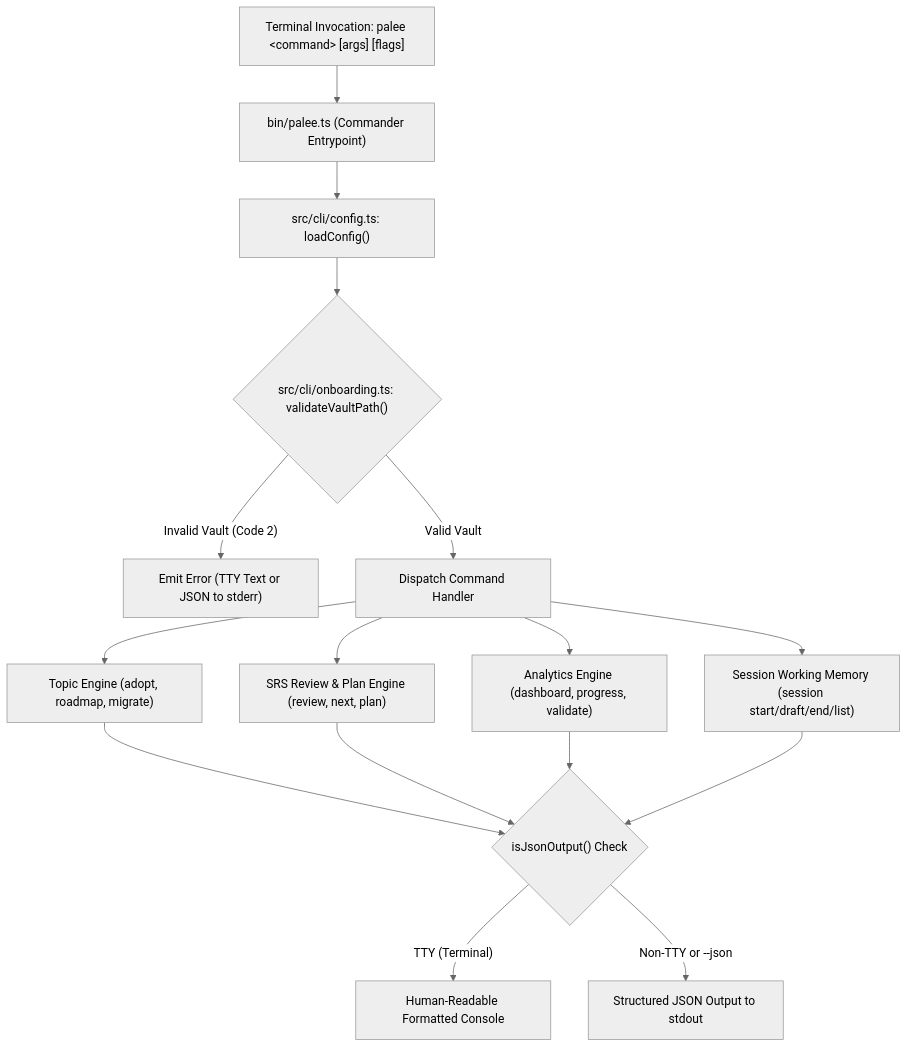
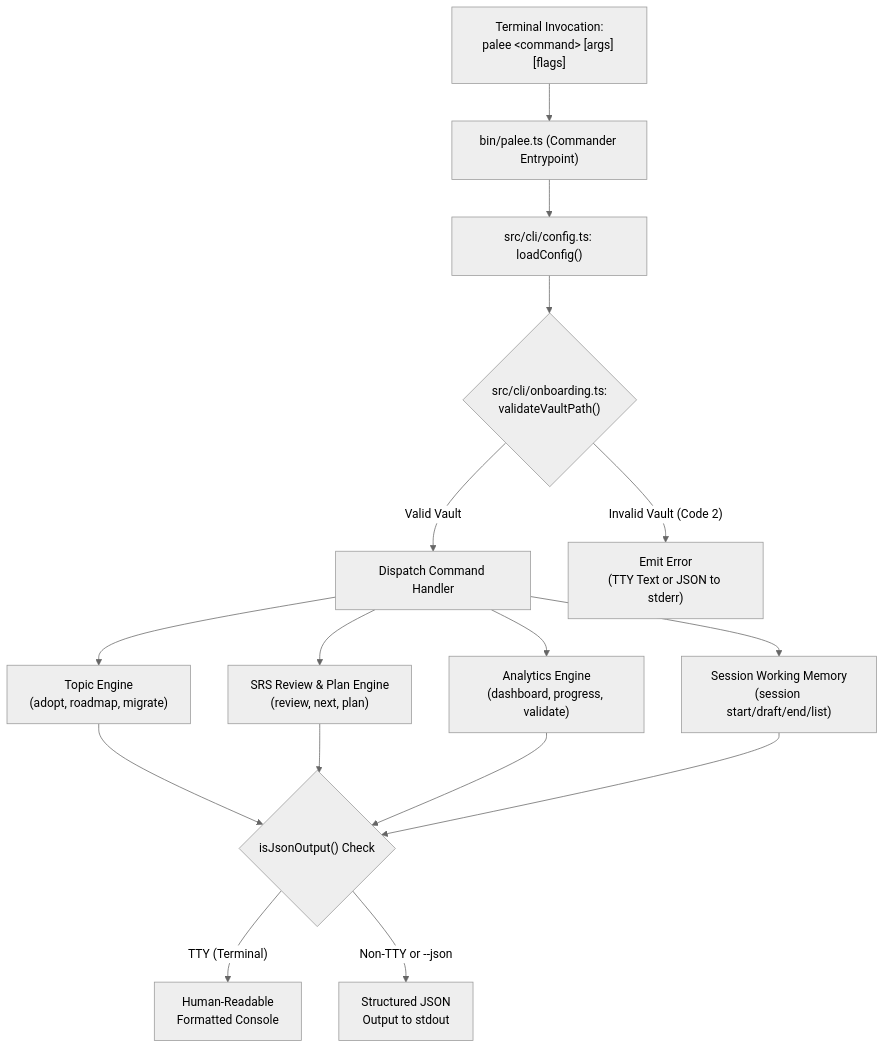
The diagram in docs/02-0-cli-commands.md (Kuldeep2822k/cli), drawn with Mermaid (neutral theme) before and after one commit. The commit also changed 22 other files, not shown here.

First line of the commit message:
docs: resolve documentation audit drift, navigation gaps, and diagram layouts (#189)

````diff
--- a/docs/02-0-cli-commands.md
+++ b/docs/02-0-cli-commands.md
@@ -40,18 +40,18 @@
 ```mermaid
 flowchart TD
-    User["Terminal Invocation: palee &lt;command&gt; [args] [flags]"] --> Entry["bin/palee.ts (Commander Entrypoint)"]
+    User["Terminal Invocation:<br/>palee &lt;command&gt; [args] [flags]"] --> Entry["bin/palee.ts (Commander Entrypoint)"]
     Entry --> LoadCfg["src/cli/config.ts: loadConfig()"]
-    LoadCfg --> ValidVault{"src/cli/onboarding.ts: validateVaultPath()"}
+    LoadCfg --> ValidVault{"src/cli/onboarding.ts:<br/>validateVaultPath()"}
     
-    ValidVault -->|"Invalid Vault (Code 2)"| ErrVault["Emit Error (TTY Text or JSON to stderr)"]
     ValidVault -->|"Valid Vault"| Dispatcher["Dispatch Command Handler"]
+    ValidVault -->|"Invalid Vault (Code 2)"| ErrVault["Emit Error<br/>(TTY Text or JSON to stderr)"]
     
-    Dispatcher --> TopEng["Topic Engine (adopt, roadmap, migrate)"]
-    Dispatcher --> SrsEng["SRS Review & Plan Engine (review, next, plan)"]
-    Dispatcher --> RepEng["Analytics Engine (dashboard, progress, validate)"]
-    Dispatcher --> SessEng["Session Working Memory (session start/draft/end/list)"]
+    Dispatcher --> TopEng["Topic Engine<br/>(adopt, roadmap, migrate)"]
+    Dispatcher --> SrsEng["SRS Review & Plan Engine<br/>(review, next, plan)"]
+    Dispatcher --> RepEng["Analytics Engine<br/>(dashboard, progress, validate)"]
+    Dispatcher --> SessEng["Session Working Memory<br/>(session start/draft/end/list)"]
     
     TopEng & SrsEng & RepEng & SessEng --> OutCheck{"isJsonOutput() Check"}
-    OutCheck -->|"TTY (Terminal)"| TTYOut["Human-Readable Formatted Console"]
-    OutCheck -->|"Non-TTY or --json"| JsonOut["Structured JSON Output to stdout"]
+    OutCheck -->|"TTY (Terminal)"| TTYOut["Human-Readable<br/>Formatted Console"]
+    OutCheck -->|"Non-TTY or --json"| JsonOut["Structured JSON<br/>Output to stdout"]
 ```
````
